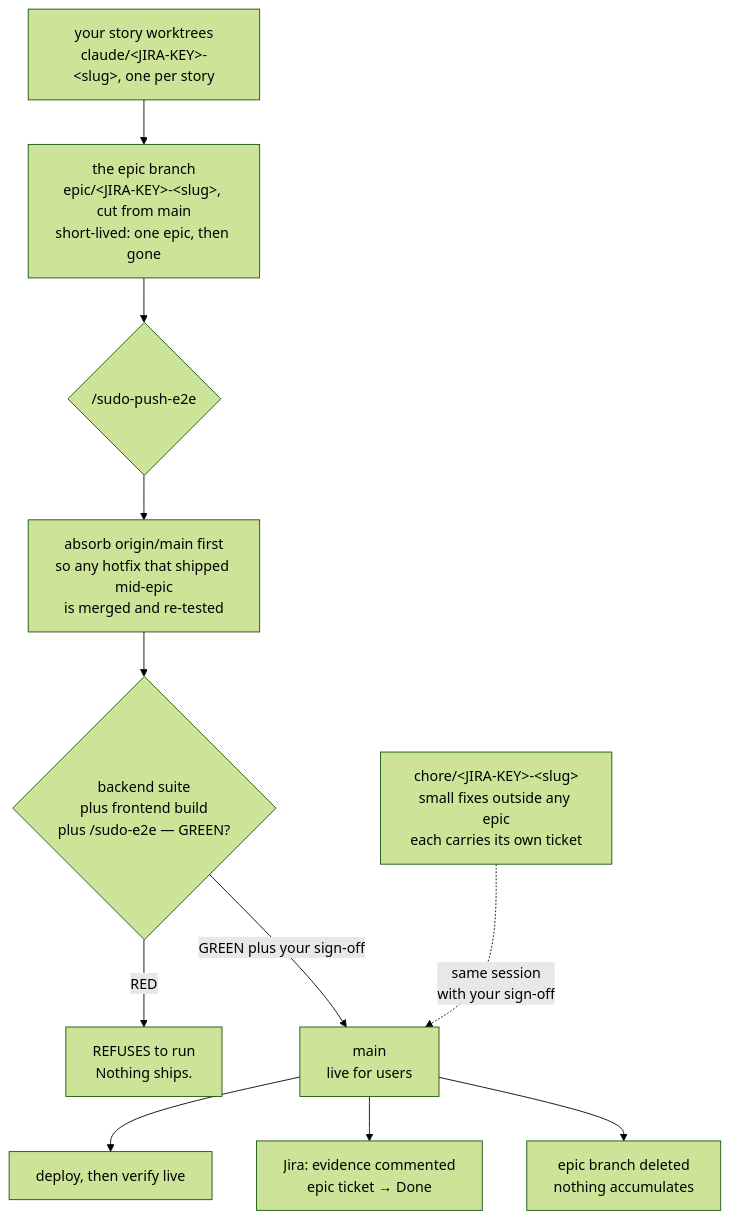
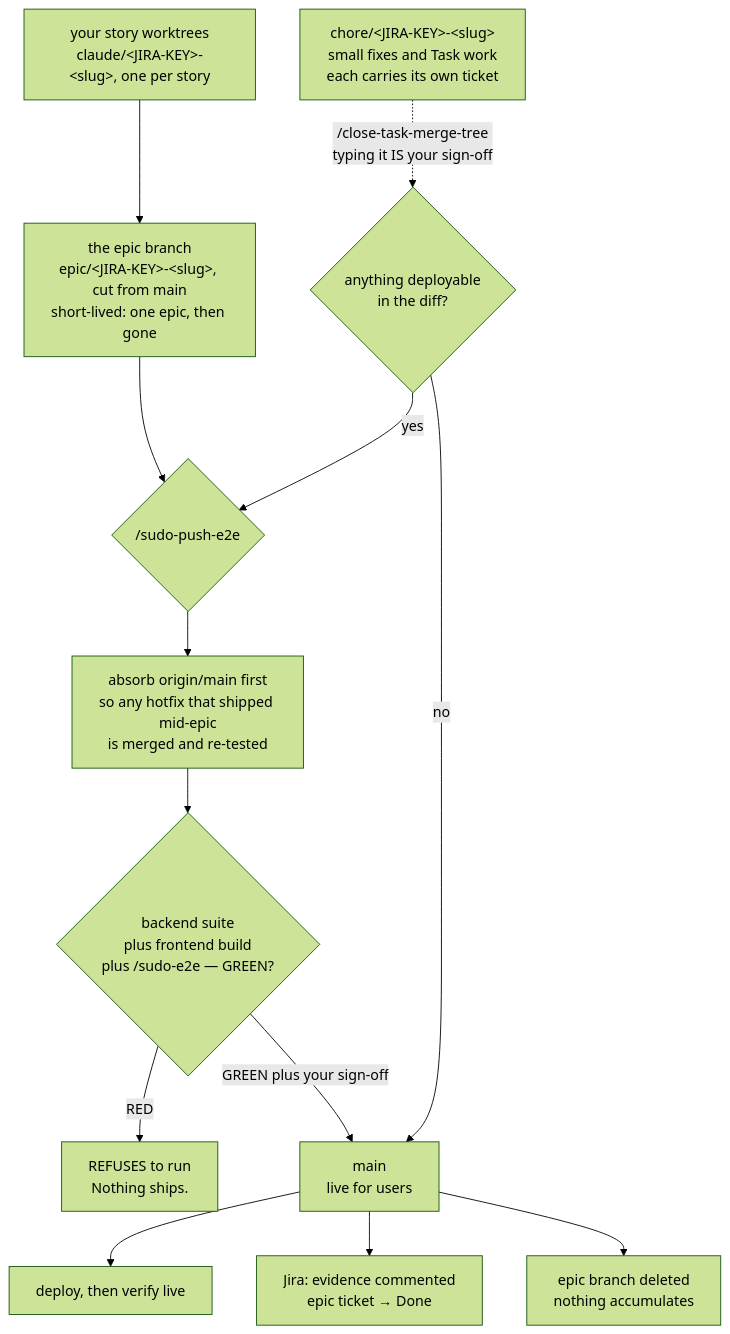
The fifth of 8 diagrams in _my_resources/_quick_reference/sudo_workflows_testing.md (sudomadhatter/Sudo_Hatter_Command), drawn with Mermaid (forest theme) before and after one commit. The commit also changed other lines of this file and 11 other files, not shown here.

First line of the commit message:
SCC-49 feat(task-lane): /close-task-merge-tree + task_preflight.py

````diff
--- a/_my_resources/_quick_reference/sudo_workflows_testing.md
+++ b/_my_resources/_quick_reference/sudo_workflows_testing.md
@@ -359,13 +366,15 @@
 ```mermaid
 flowchart TD
     DEV["your story worktrees\nclaude/&lt;JIRA-KEY&gt;-&lt;slug&gt;, one per story"] --> EPIC["the epic branch\nepic/&lt;JIRA-KEY&gt;-&lt;slug&gt;, cut from main\nshort-lived: one epic, then gone"]
     EPIC --> SHIP{"/sudo-push-e2e"}
     SHIP --> SYNC["absorb origin/main first\nso any hotfix that shipped mid-epic\nis merged and re-tested"]
     SYNC --> GATE{"backend suite\nplus frontend build\nplus /sudo-e2e — GREEN?"}
     GATE -- "RED" --> STOP["REFUSES to run\nNothing ships."]
     GATE -- "GREEN plus your sign-off" --> MAIN["main\nlive for users"]
     MAIN --> DEPLOY["deploy, then verify live"]
     MAIN --> TICKET["Jira: evidence commented\nepic ticket → Done"]
     MAIN --> DEL["epic branch deleted\nnothing accumulates"]
-    CHORE["chore/&lt;JIRA-KEY&gt;-&lt;slug&gt;\nsmall fixes outside any epic\neach carries its own ticket"] -.->|"same session\nwith your sign-off"| MAIN
+    CHORE["chore/&lt;JIRA-KEY&gt;-&lt;slug&gt;\nsmall fixes and Task work\neach carries its own ticket"] -.->|"/close-task-merge-tree\ntyping it IS your sign-off"| LANE{"anything deployable\nin the diff?"}
+    LANE -- "no" --> MAIN
+    LANE -- "yes" --> SHIP
 ```
````
